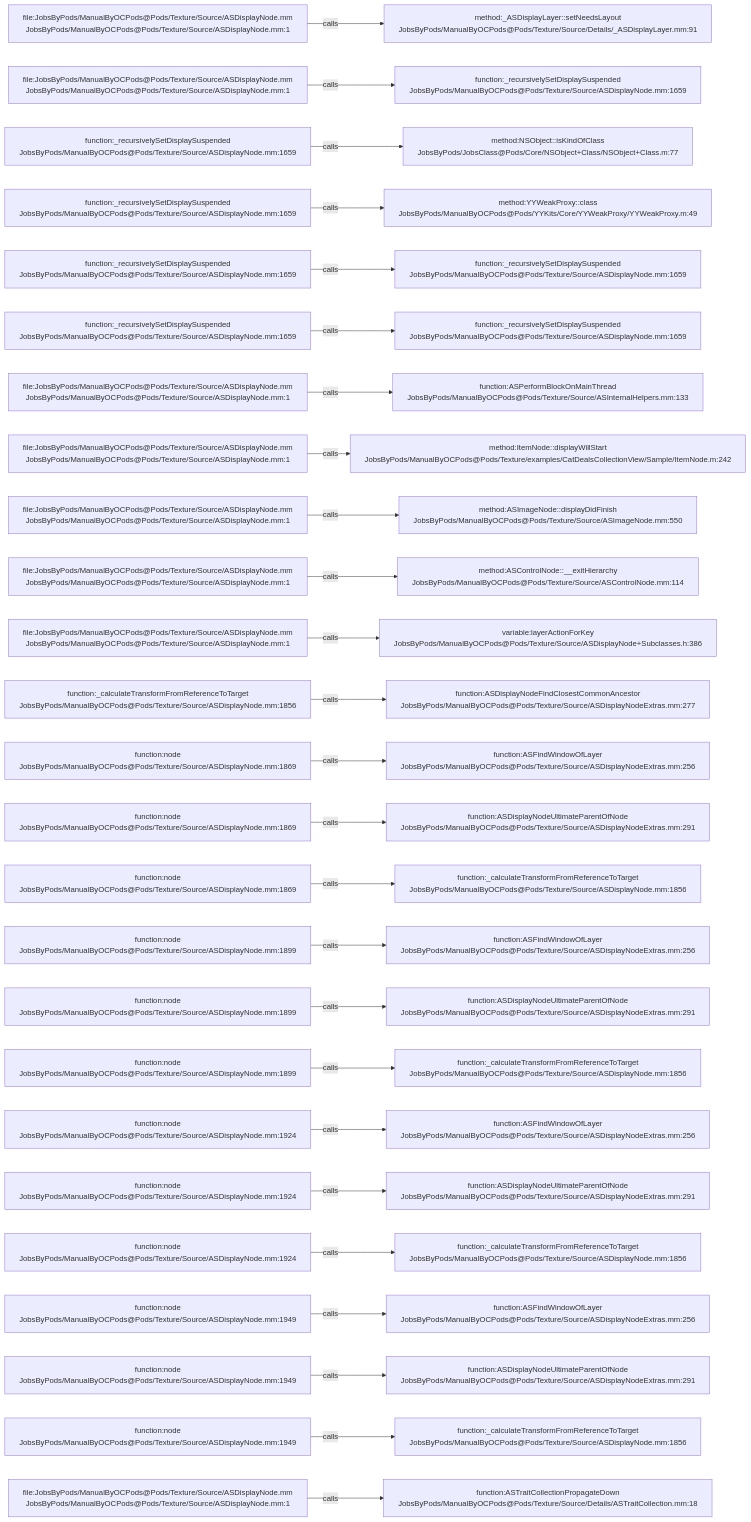
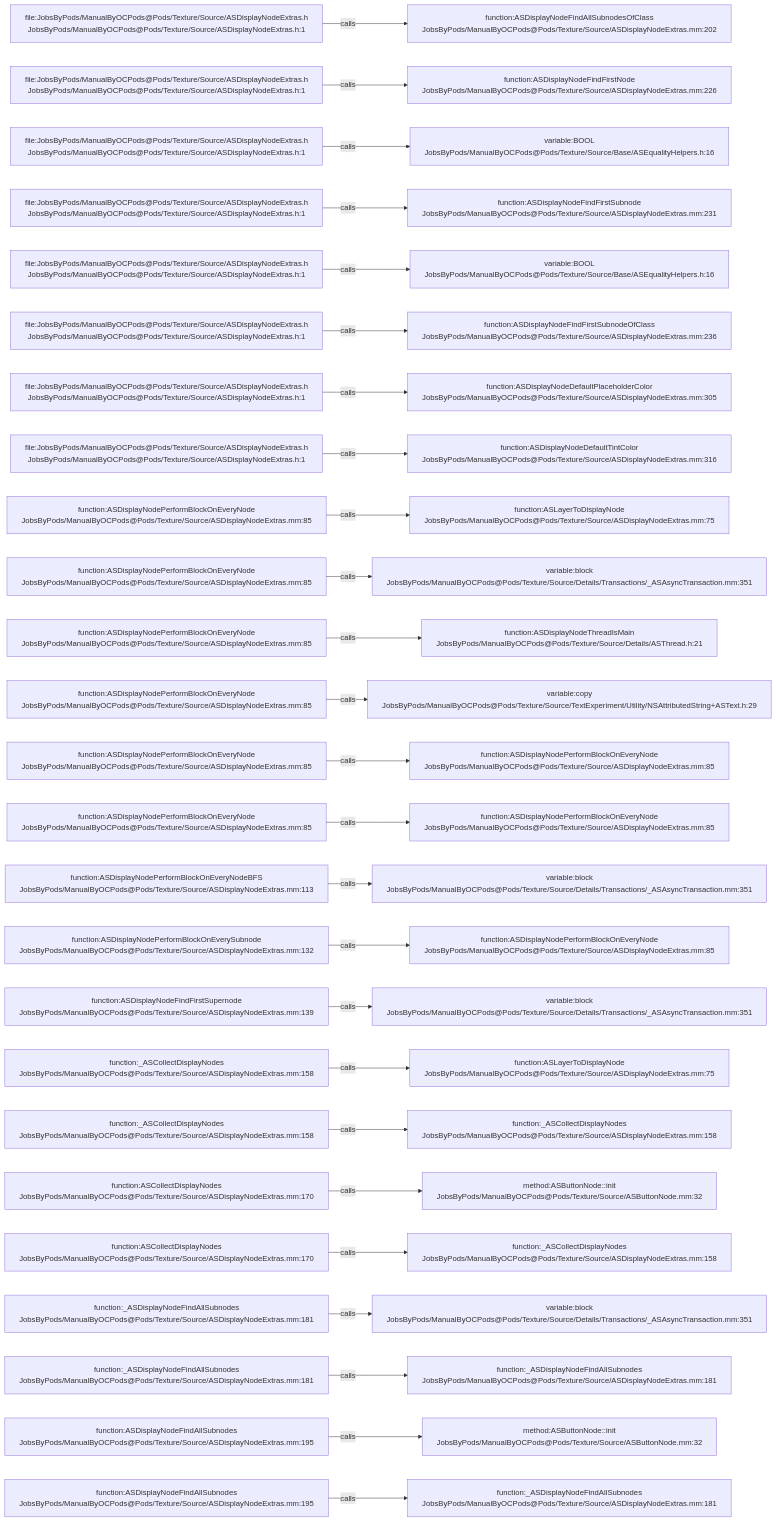
One commit to JobsKits/JobsOCBaseConfigDemo changed the diagram in .codegraph/codegraph.md/graphs/calls-098.md. Above: the diagram before and after it, drawn with Mermaid. The commit also changed 1448 other files, not shown here.

````diff
--- a/.codegraph/codegraph.md/graphs/calls-098.md
+++ b/.codegraph/codegraph.md/graphs/calls-098.md
@@ -13,78 +13,78 @@
 ```mermaid
 flowchart LR
-  S1["file:JobsByPods/ManualByOCPods@Pods/Texture/Source/ASDisplayNode.mm<br/>JobsByPods/ManualByOCPods@Pods/Texture/Source/ASDisplayNode.mm:1"]
-  T1["method:_ASDisplayLayer::setNeedsLayout<br/>JobsByPods/ManualByOCPods@Pods/Texture/Source/Details/_ASDisplayLayer.mm:91"]
+  S1["file:JobsByPods/ManualByOCPods@Pods/Texture/Source/ASDisplayNodeExtras.h<br/>JobsByPods/ManualByOCPods@Pods/Texture/Source/ASDisplayNodeExtras.h:1"]
+  T1["function:ASDisplayNodeFindAllSubnodesOfClass<br/>JobsByPods/ManualByOCPods@Pods/Texture/Source/ASDisplayNodeExtras.mm:202"]
   S1 -->|calls| T1
-  S2["file:JobsByPods/ManualByOCPods@Pods/Texture/Source/ASDisplayNode.mm<br/>JobsByPods/ManualByOCPods@Pods/Texture/Source/ASDisplayNode.mm:1"]
-  T2["function:_recursivelySetDisplaySuspended<br/>JobsByPods/ManualByOCPods@Pods/Texture/Source/ASDisplayNode.mm:1659"]
+  S2["file:JobsByPods/ManualByOCPods@Pods/Texture/Source/ASDisplayNodeExtras.h<br/>JobsByPods/ManualByOCPods@Pods/Texture/Source/ASDisplayNodeExtras.h:1"]
+  T2["function:ASDisplayNodeFindFirstNode<br/>JobsByPods/ManualByOCPods@Pods/Texture/Source/ASDisplayNodeExtras.mm:226"]
   S2 -->|calls| T2
-  S3["function:_recursivelySetDisplaySuspended<br/>JobsByPods/ManualByOCPods@Pods/Texture/Source/ASDisplayNode.mm:1659"]
-  T3["method:NSObject::isKindOfClass<br/>JobsByPods/JobsClass@Pods/Core/NSObject+Class/NSObject+Class.m:77"]
+  S3["file:JobsByPods/ManualByOCPods@Pods/Texture/Source/ASDisplayNodeExtras.h<br/>JobsByPods/ManualByOCPods@Pods/Texture/Source/ASDisplayNodeExtras.h:1"]
+  T3["variable:BOOL<br/>JobsByPods/ManualByOCPods@Pods/Texture/Source/Base/ASEqualityHelpers.h:16"]
   S3 -->|calls| T3
-  S4["function:_recursivelySetDisplaySuspended<br/>JobsByPods/ManualByOCPods@Pods/Texture/Source/ASDisplayNode.mm:1659"]
-  T4["method:YYWeakProxy::class<br/>JobsByPods/ManualByOCPods@Pods/YYKits/Core/YYWeakProxy/YYWeakProxy.m:49"]
+  S4["file:JobsByPods/ManualByOCPods@Pods/Texture/Source/ASDisplayNodeExtras.h<br/>JobsByPods/ManualByOCPods@Pods/Texture/Source/ASDisplayNodeExtras.h:1"]
+  T4["function:ASDisplayNodeFindFirstSubnode<br/>JobsByPods/ManualByOCPods@Pods/Texture/Source/ASDisplayNodeExtras.mm:231"]
   S4 -->|calls| T4
-  S5["function:_recursivelySetDisplaySuspended<br/>JobsByPods/ManualByOCPods@Pods/Texture/Source/ASDisplayNode.mm:1659"]
-  T5["function:_recursivelySetDisplaySuspended<br/>JobsByPods/ManualByOCPods@Pods/Texture/Source/ASDisplayNode.mm:1659"]
+  S5["file:JobsByPods/ManualByOCPods@Pods/Texture/Source/ASDisplayNodeExtras.h<br/>JobsByPods/ManualByOCPods@Pods/Texture/Source/ASDisplayNodeExtras.h:1"]
+  T5["variable:BOOL<br/>JobsByPods/ManualByOCPods@Pods/Texture/Source/Base/ASEqualityHelpers.h:16"]
   S5 -->|calls| T5
-  S6["function:_recursivelySetDisplaySuspended<br/>JobsByPods/ManualByOCPods@Pods/Texture/Source/ASDisplayNode.mm:1659"]
-  T6["function:_recursivelySetDisplaySuspended<br/>JobsByPods/ManualByOCPods@Pods/Texture/Source/ASDisplayNode.mm:1659"]
+  S6["file:JobsByPods/ManualByOCPods@Pods/Texture/Source/ASDisplayNodeExtras.h<br/>JobsByPods/ManualByOCPods@Pods/Texture/Source/ASDisplayNodeExtras.h:1"]
+  T6["function:ASDisplayNodeFindFirstSubnodeOfClass<br/>JobsByPods/ManualByOCPods@Pods/Texture/Source/ASDisplayNodeExtras.mm:236"]
   S6 -->|calls| T6
-  S7["file:JobsByPods/ManualByOCPods@Pods/Texture/Source/ASDisplayNode.mm<br/>JobsByPods/ManualByOCPods@Pods/Texture/Source/ASDisplayNode.mm:1"]
-  T7["function:ASPerformBlockOnMainThread<br/>JobsByPods/ManualByOCPods@Pods/Texture/Source/ASInternalHelpers.mm:133"]
+  S7["file:JobsByPods/ManualByOCPods@Pods/Texture/Source/ASDisplayNodeExtras.h<br/>JobsByPods/ManualByOCPods@Pods/Texture/Source/ASDisplayNodeExtras.h:1"]
+  T7["function:ASDisplayNodeDefaultPlaceholderColor<br/>JobsByPods/ManualByOCPods@Pods/Texture/Source/ASDisplayNodeExtras.mm:305"]
   S7 -->|calls| T7
-  S8["file:JobsByPods/ManualByOCPods@Pods/Texture/Source/ASDisplayNode.mm<br/>JobsByPods/ManualByOCPods@Pods/Texture/Source/ASDisplayNode.mm:1"]
-  T8["method:ItemNode::displayWillStart<br/>JobsByPods/ManualByOCPods@Pods/Texture/examples/CatDealsCollectionView/Sample/ItemNode.m:242"]
+  S8["file:JobsByPods/ManualByOCPods@Pods/Texture/Source/ASDisplayNodeExtras.h<br/>JobsByPods/ManualByOCPods@Pods/Texture/Source/ASDisplayNodeExtras.h:1"]
+  T8["function:ASDisplayNodeDefaultTintColor<br/>JobsByPods/ManualByOCPods@Pods/Texture/Source/ASDisplayNodeExtras.mm:316"]
   S8 -->|calls| T8
-  S9["file:JobsByPods/ManualByOCPods@Pods/Texture/Source/ASDisplayNode.mm<br/>JobsByPods/ManualByOCPods@Pods/Texture/Source/ASDisplayNode.mm:1"]
-  T9["method:ASImageNode::displayDidFinish<br/>JobsByPods/ManualByOCPods@Pods/Texture/Source/ASImageNode.mm:550"]
+  S9["function:ASDisplayNodePerformBlockOnEveryNode<br/>JobsByPods/ManualByOCPods@Pods/Texture/Source/ASDisplayNodeExtras.mm:85"]
+  T9["function:ASLayerToDisplayNode<br/>JobsByPods/ManualByOCPods@Pods/Texture/Source/ASDisplayNodeExtras.mm:75"]
   S9 -->|calls| T9
-  S10["file:JobsByPods/ManualByOCPods@Pods/Texture/Source/ASDisplayNode.mm<br/>JobsByPods/ManualByOCPods@Pods/Texture/Source/ASDisplayNode.mm:1"]
-  T10["method:ASControlNode::__exitHierarchy<br/>JobsByPods/ManualByOCPods@Pods/Texture/Source/ASControlNode.mm:114"]
+  S10["function:ASDisplayNodePerformBlockOnEveryNode<br/>JobsByPods/ManualByOCPods@Pods/Texture/Source/ASDisplayNodeExtras.mm:85"]
+  T10["variable:block<br/>JobsByPods/ManualByOCPods@Pods/Texture/Source/Details/Transactions/_ASAsyncTransaction.mm:351"]
   S10 -->|calls| T10
-  S11["file:JobsByPods/ManualByOCPods@Pods/Texture/Source/ASDisplayNode.mm<br/>JobsByPods/ManualByOCPods@Pods/Texture/Source/ASDisplayNode.mm:1"]
-  T11["variable:layerActionForKey<br/>JobsByPods/ManualByOCPods@Pods/Texture/Source/ASDisplayNode+Subclasses.h:386"]
+  S11["function:ASDisplayNodePerformBlockOnEveryNode<br/>JobsByPods/ManualByOCPods@Pods/Texture/Source/ASDisplayNodeExtras.mm:85"]
+  T11["function:ASDisplayNodeThreadIsMain<br/>JobsByPods/ManualByOCPods@Pods/Texture/Source/Details/ASThread.h:21"]
   S11 -->|calls| T11
-  S12["function:_calculateTransformFromReferenceToTarget<br/>JobsByPods/ManualByOCPods@Pods/Texture/Source/ASDisplayNode.mm:1856"]
-  T12["function:ASDisplayNodeFindClosestCommonAncestor<br/>JobsByPods/ManualByOCPods@Pods/Texture/Source/ASDisplayNodeExtras.mm:277"]
+  S12["function:ASDisplayNodePerformBlockOnEveryNode<br/>JobsByPods/ManualByOCPods@Pods/Texture/Source/ASDisplayNodeExtras.mm:85"]
+  T12["variable:copy<br/>JobsByPods/ManualByOCPods@Pods/Texture/Source/TextExperiment/Utility/NSAttributedString+ASText.h:29"]
   S12 -->|calls| T12
-  S13["function:node<br/>JobsByPods/ManualByOCPods@Pods/Texture/Source/ASDisplayNode.mm:1869"]
-  T13["function:ASFindWindowOfLayer<br/>JobsByPods/ManualByOCPods@Pods/Texture/Source/ASDisplayNodeExtras.mm:256"]
+  S13["function:ASDisplayNodePerformBlockOnEveryNode<br/>JobsByPods/ManualByOCPods@Pods/Texture/Source/ASDisplayNodeExtras.mm:85"]
+  T13["function:ASDisplayNodePerformBlockOnEveryNode<br/>JobsByPods/ManualByOCPods@Pods/Texture/Source/ASDisplayNodeExtras.mm:85"]
   S13 -->|calls| T13
-  S14["function:node<br/>JobsByPods/ManualByOCPods@Pods/Texture/Source/ASDisplayNode.mm:1869"]
-  T14["function:ASDisplayNodeUltimateParentOfNode<br/>JobsByPods/ManualByOCPods@Pods/Texture/Source/ASDisplayNodeExtras.mm:291"]
+  S14["function:ASDisplayNodePerformBlockOnEveryNode<br/>JobsByPods/ManualByOCPods@Pods/Texture/Source/ASDisplayNodeExtras.mm:85"]
+  T14["function:ASDisplayNodePerformBlockOnEveryNode<br/>JobsByPods/ManualByOCPods@Pods/Texture/Source/ASDisplayNodeExtras.mm:85"]
   S14 -->|calls| T14
-  S15["function:node<br/>JobsByPods/ManualByOCPods@Pods/Texture/Source/ASDisplayNode.mm:1869"]
-  T15["function:_calculateTransformFromReferenceToTarget<br/>JobsByPods/ManualByOCPods@Pods/Texture/Source/ASDisplayNode.mm:1856"]
+  S15["function:ASDisplayNodePerformBlockOnEveryNodeBFS<br/>JobsByPods/ManualByOCPods@Pods/Texture/Source/ASDisplayNodeExtras.mm:113"]
+  T15["variable:block<br/>JobsByPods/ManualByOCPods@Pods/Texture/Source/Details/Transactions/_ASAsyncTransaction.mm:351"]
   S15 -->|calls| T15
-  S16["function:node<br/>JobsByPods/ManualByOCPods@Pods/Texture/Source/ASDisplayNode.mm:1899"]
-  T16["function:ASFindWindowOfLayer<br/>JobsByPods/ManualByOCPods@Pods/Texture/Source/ASDisplayNodeExtras.mm:256"]
+  S16["function:ASDisplayNodePerformBlockOnEverySubnode<br/>JobsByPods/ManualByOCPods@Pods/Texture/Source/ASDisplayNodeExtras.mm:132"]
+  T16["function:ASDisplayNodePerformBlockOnEveryNode<br/>JobsByPods/ManualByOCPods@Pods/Texture/Source/ASDisplayNodeExtras.mm:85"]
   S16 -->|calls| T16
-  S17["function:node<br/>JobsByPods/ManualByOCPods@Pods/Texture/Source/ASDisplayNode.mm:1899"]
-  T17["function:ASDisplayNodeUltimateParentOfNode<br/>JobsByPods/ManualByOCPods@Pods/Texture/Source/ASDisplayNodeExtras.mm:291"]
+  S17["function:ASDisplayNodeFindFirstSupernode<br/>JobsByPods/ManualByOCPods@Pods/Texture/Source/ASDisplayNodeExtras.mm:139"]
+  T17["variable:block<br/>JobsByPods/ManualByOCPods@Pods/Texture/Source/Details/Transactions/_ASAsyncTransaction.mm:351"]
   S17 -->|calls| T17
-  S18["function:node<br/>JobsByPods/ManualByOCPods@Pods/Texture/Source/ASDisplayNode.mm:1899"]
-  T18["function:_calculateTransformFromReferenceToTarget<br/>JobsByPods/ManualByOCPods@Pods/Texture/Source/ASDisplayNode.mm:1856"]
+  S18["function:_ASCollectDisplayNodes<br/>JobsByPods/ManualByOCPods@Pods/Texture/Source/ASDisplayNodeExtras.mm:158"]
+  T18["function:ASLayerToDisplayNode<br/>JobsByPods/ManualByOCPods@Pods/Texture/Source/ASDisplayNodeExtras.mm:75"]
   S18 -->|calls| T18
-  S19["function:node<br/>JobsByPods/ManualByOCPods@Pods/Texture/Source/ASDisplayNode.mm:1924"]
-  T19["function:ASFindWindowOfLayer<br/>JobsByPods/ManualByOCPods@Pods/Texture/Source/ASDisplayNodeExtras.mm:256"]
+  S19["function:_ASCollectDisplayNodes<br/>JobsByPods/ManualByOCPods@Pods/Texture/Source/ASDisplayNodeExtras.mm:158"]
+  T19["function:_ASCollectDisplayNodes<br/>JobsByPods/ManualByOCPods@Pods/Texture/Source/ASDisplayNodeExtras.mm:158"]
   S19 -->|calls| T19
-  S20["function:node<br/>JobsByPods/ManualByOCPods@Pods/Texture/Source/ASDisplayNode.mm:1924"]
-  T20["function:ASDisplayNodeUltimateParentOfNode<br/>JobsByPods/ManualByOCPods@Pods/Texture/Source/ASDisplayNodeExtras.mm:291"]
+  S20["function:ASCollectDisplayNodes<br/>JobsByPods/ManualByOCPods@Pods/Texture/Source/ASDisplayNodeExtras.mm:170"]
+  T20["method:ASButtonNode::init<br/>JobsByPods/ManualByOCPods@Pods/Texture/Source/ASButtonNode.mm:32"]
   S20 -->|calls| T20
-  S21["function:node<br/>JobsByPods/ManualByOCPods@Pods/Texture/Source/ASDisplayNode.mm:1924"]
-  T21["function:_calculateTransformFromReferenceToTarget<br/>JobsByPods/ManualByOCPods@Pods/Texture/Source/ASDisplayNode.mm:1856"]
+  S21["function:ASCollectDisplayNodes<br/>JobsByPods/ManualByOCPods@Pods/Texture/Source/ASDisplayNodeExtras.mm:170"]
+  T21["function:_ASCollectDisplayNodes<br/>JobsByPods/ManualByOCPods@Pods/Texture/Source/ASDisplayNodeExtras.mm:158"]
   S21 -->|calls| T21
-  S22["function:node<br/>JobsByPods/ManualByOCPods@Pods/Texture/Source/ASDisplayNode.mm:1949"]
-  T22["function:ASFindWindowOfLayer<br/>JobsByPods/ManualByOCPods@Pods/Texture/Source/ASDisplayNodeExtras.mm:256"]
+  S22["function:_ASDisplayNodeFindAllSubnodes<br/>JobsByPods/ManualByOCPods@Pods/Texture/Source/ASDisplayNodeExtras.mm:181"]
+  T22["variable:block<br/>JobsByPods/ManualByOCPods@Pods/Texture/Source/Details/Transactions/_ASAsyncTransaction.mm:351"]
   S22 -->|calls| T22
-  S23["function:node<br/>JobsByPods/ManualByOCPods@Pods/Texture/Source/ASDisplayNode.mm:1949"]
-  T23["function:ASDisplayNodeUltimateParentOfNode<br/>JobsByPods/ManualByOCPods@Pods/Texture/Source/ASDisplayNodeExtras.mm:291"]
+  S23["function:_ASDisplayNodeFindAllSubnodes<br/>JobsByPods/ManualByOCPods@Pods/Texture/Source/ASDisplayNodeExtras.mm:181"]
+  T23["function:_ASDisplayNodeFindAllSubnodes<br/>JobsByPods/ManualByOCPods@Pods/Texture/Source/ASDisplayNodeExtras.mm:181"]
   S23 -->|calls| T23
-  S24["function:node<br/>JobsByPods/ManualByOCPods@Pods/Texture/Source/ASDisplayNode.mm:1949"]
-  T24["function:_calculateTransformFromReferenceToTarget<br/>JobsByPods/ManualByOCPods@Pods/Texture/Source/ASDisplayNode.mm:1856"]
+  S24["function:ASDisplayNodeFindAllSubnodes<br/>JobsByPods/ManualByOCPods@Pods/Texture/Source/ASDisplayNodeExtras.mm:195"]
+  T24["method:ASButtonNode::init<br/>JobsByPods/ManualByOCPods@Pods/Texture/Source/ASButtonNode.mm:32"]
   S24 -->|calls| T24
-  S25["file:JobsByPods/ManualByOCPods@Pods/Texture/Source/ASDisplayNode.mm<br/>JobsByPods/ManualByOCPods@Pods/Texture/Source/ASDisplayNode.mm:1"]
-  T25["function:ASTraitCollectionPropagateDown<br/>JobsByPods/ManualByOCPods@Pods/Texture/Source/Details/ASTraitCollection.mm:18"]
+  S25["function:ASDisplayNodeFindAllSubnodes<br/>JobsByPods/ManualByOCPods@Pods/Texture/Source/ASDisplayNodeExtras.mm:195"]
+  T25["function:_ASDisplayNodeFindAllSubnodes<br/>JobsByPods/ManualByOCPods@Pods/Texture/Source/ASDisplayNodeExtras.mm:181"]
   S25 -->|calls| T25
 ```
````
